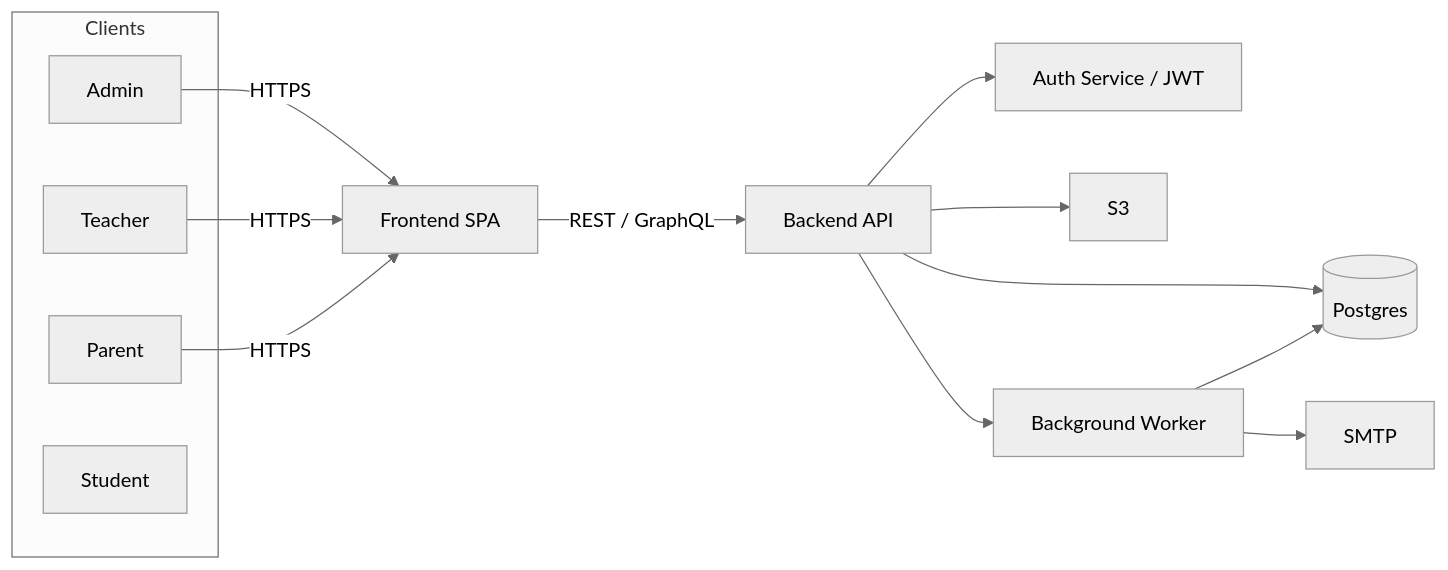
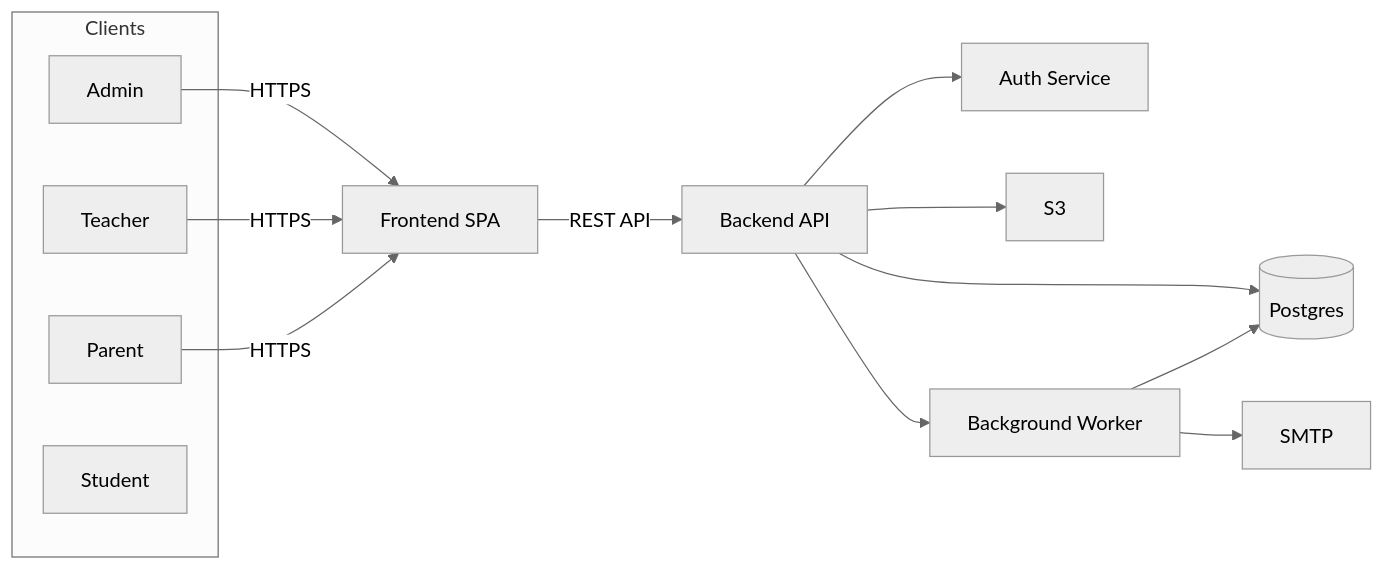
Before and after one commit to ashwanik0777/school-management: the first of 3 diagrams in README.md, drawn with Mermaid (neutral theme). The commit also changed other lines of this file, not shown here.

````diff
--- a/README.md
+++ b/README.md
@@ -298,19 +298,19 @@
 ```mermaid
-flowchart LR
+graph LR
   subgraph Clients
     A[Admin]
     B[Teacher]
     C[Parent]
     D[Student]
   end
   A -->|HTTPS| FE[Frontend SPA]
   B -->|HTTPS| FE
   C -->|HTTPS| FE
-  FE -->|REST / GraphQL| API[Backend API]
+  FE -->|REST API| API[Backend API]
   API --> DB[(Postgres)]
-  API --> Auth[Auth Service / JWT]
+  API --> Auth[Auth Service]
   API --> Storage[S3]
   API --> Worker[Background Worker]
   Worker --> DB
   Worker --> Email[SMTP]
 ```
````
